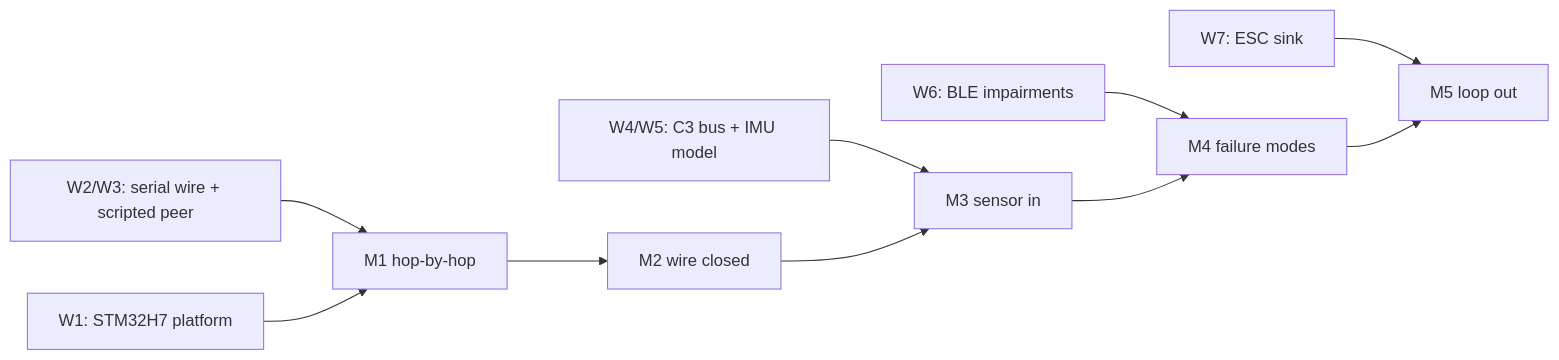
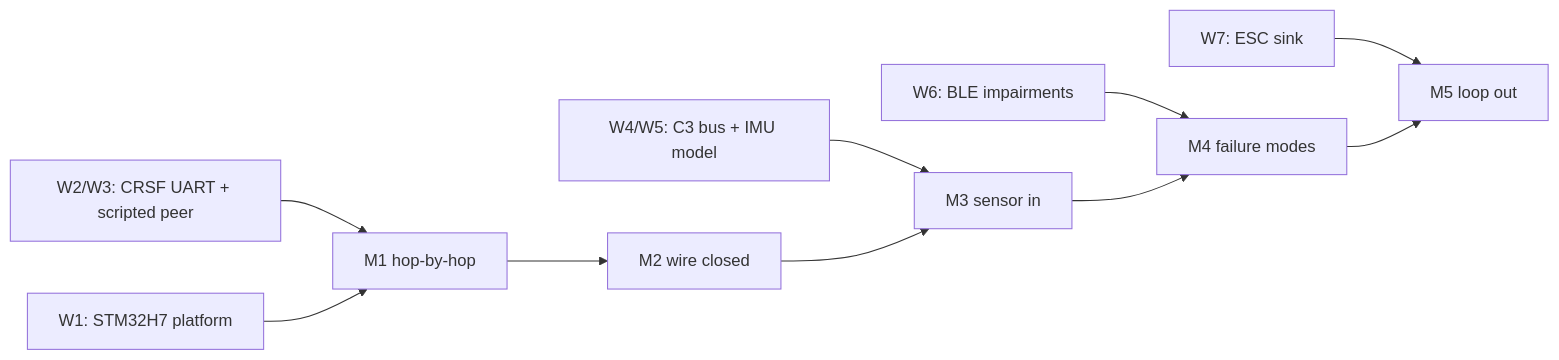
The fourth of 4 diagrams in docs/architecture.md (Samiurr10/gesture-controlled-drone), drawn with Mermaid before and after one commit. The commit also changed other lines of this file and 2 other files, not shown here.

Commit message:
Document MCU selection and control architecture

````diff
--- a/docs/architecture.md
+++ b/docs/architecture.md
@@ -135,12 +147,12 @@
 ```mermaid
 flowchart LR
-    W2W3[W2/W3: serial wire + scripted peer] --> M1[M1 hop-by-hop]
+    W2W3[W2/W3: CRSF UART + scripted peer] --> M1[M1 hop-by-hop]
     W1[W1: STM32H7 platform] --> M1
     M1 --> M2[M2 wire closed]
     W4W5[W4/W5: C3 bus + IMU model] --> M3[M3 sensor in]
     M2 --> M3
     W6[W6: BLE impairments] --> M4[M4 failure modes]
     M3 --> M4
     W7[W7: ESC sink] --> M5[M5 loop out]
     M4 --> M5
 ```
````
